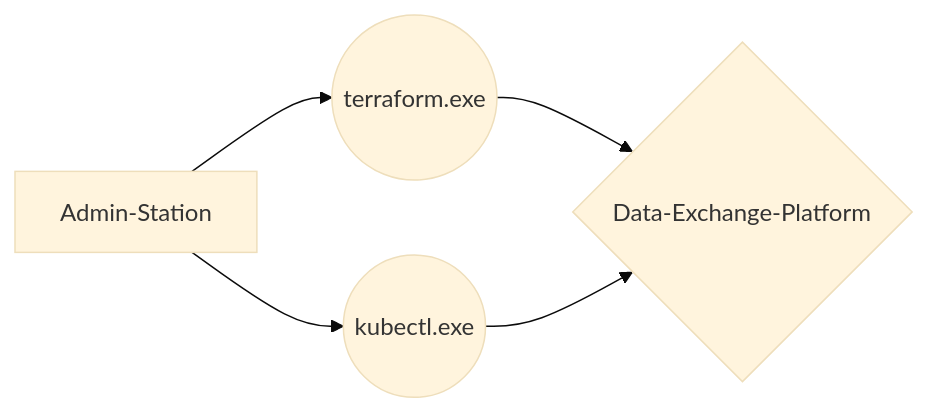
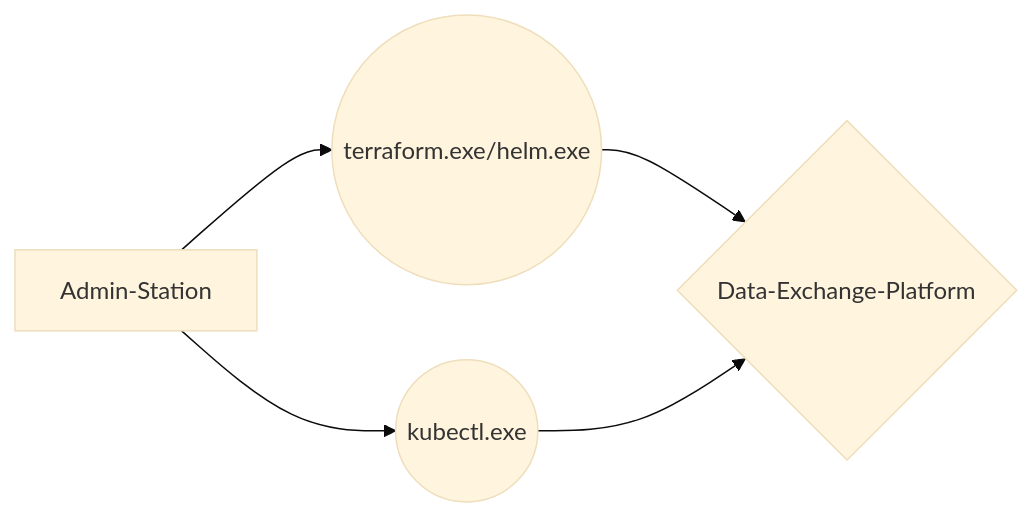
The diagram in README.md (dev4u-at/dep), drawn with Mermaid (base theme) before and after one commit. The commit also changed other lines of this file, not shown here.

````diff
--- a/README.md
+++ b/README.md
@@ -44,7 +47,7 @@
 ```mermaid
 graph LR
-A[Admin-Station] --> B((terraform.exe))
+A[Admin-Station] --> B((terraform.exe/helm.exe))
 A --> C((kubectl.exe))
 B --> D{Data-Exchange-Platform}
 C --> D
 ```
````
